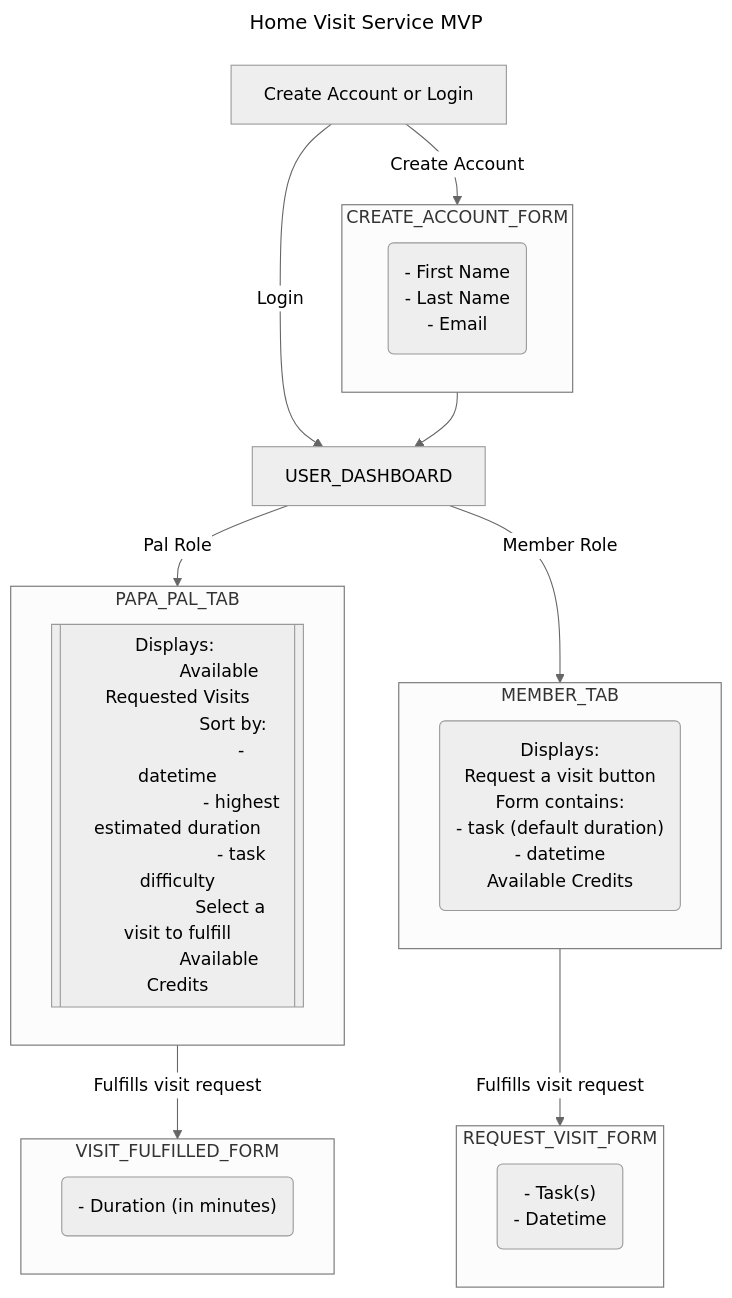
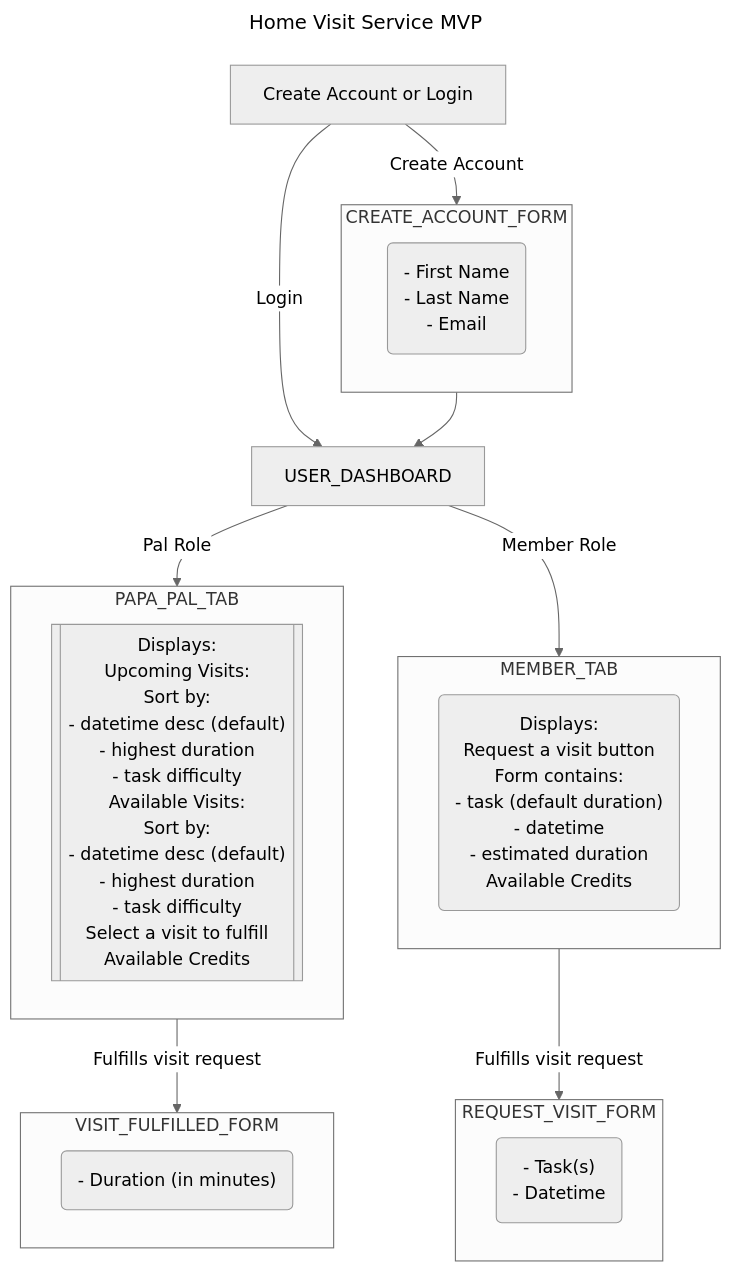
Before and after one commit to leonard-waters/papa_challenge: the diagram in README.md, drawn with Mermaid (neutral theme). The commit also changed other lines of this file and 40 other files, not shown here.

````diff
--- a/README.md
+++ b/README.md
@@ -5,56 +5,59 @@
 ```mermaid
 ---
 title: Home Visit Service MVP
 ---
 flowchart TD
     LP[Create Account or Login] -->|Create Account| CREATE_ACCOUNT_FORM
     LP[Create Account or Login] -->|Login| USER_DASHBOARD
     subgraph CREATE_ACCOUNT_FORM
         CAFORM("
         - First Name
         - Last Name
         - Email
         ")
 
     end
     CREATE_ACCOUNT_FORM --> USER_DASHBOARD
     USER_DASHBOARD -->|Pal Role| PAPA_PAL_TAB
     USER_DASHBOARD -->|Member Role| MEMBER_TAB
     subgraph PAPA_PAL_TAB
     PRD[["Displays: 
-                Available Requested Visits
+                Upcoming Visits:
                     Sort by:
-                        - datetime
-                        - highest estimated duration
+                        - datetime desc (default)
+                        - highest duration
+                        - task difficulty
+                Available Visits:
+                    Sort by:
+                        - datetime desc (default)
+                        - highest duration
                         - task difficulty
                     Select a visit to fulfill
                 Available Credits
      "]]
     end
     subgraph MEMBER_TAB
     MRD("Displays: 
                 Request a visit button
                     Form contains:
                         - task (default duration)
                         - datetime
+                        - estimated duration
                 Available Credits
      ")
     end
     PAPA_PAL_TAB -->|Fulfills visit request| VISIT_FULFILLED_FORM
     MEMBER_TAB -->|Fulfills visit request| REQUEST_VISIT_FORM
     subgraph VISIT_FULFILLED_FORM
       VRFORM("
           - Duration (in minutes)
           ")
 
     end
     subgraph REQUEST_VISIT_FORM
       RVF("
           - Task(s)
           - Datetime
           ")
-    end
-    
-    
-  
+    end  
 ```
````
